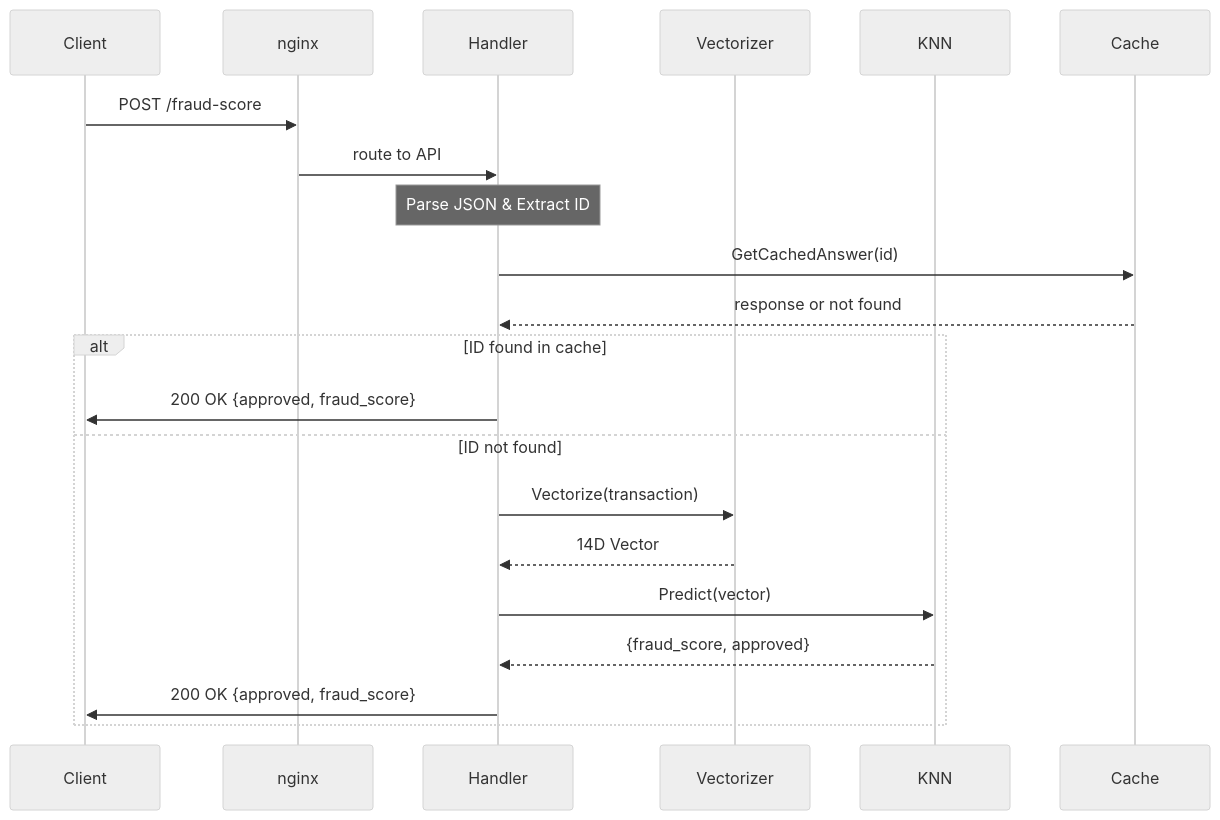
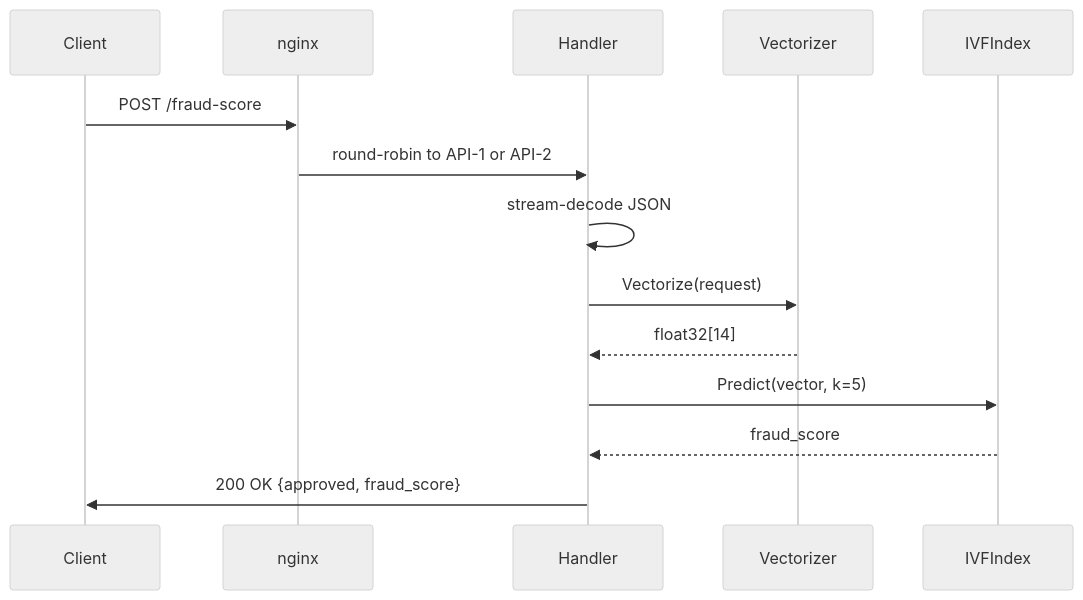
The first of 3 diagrams in docs/ARCHITECTURE.md (fabianoflorentino/fraudctl), drawn with Mermaid (neutral theme) before and after one commit. The commit also changed other lines of this file and 21 other files, not shown here.

````diff
--- a/docs/ARCHITECTURE.md
+++ b/docs/ARCHITECTURE.md
@@ -5,25 +5,17 @@
 ```mermaid
 sequenceDiagram
     participant C as Client
     participant N as nginx
     participant H as Handler
     participant V as Vectorizer
-    participant K as KNN
-    participant Ca as Cache
+    participant K as IVFIndex
 
     C->>N: POST /fraud-score
-    N->>H: route to API
-    Note over H: Parse JSON & Extract ID
-    H->>Ca: GetCachedAnswer(id)
-    Ca-->>H: response or not found
-
-    alt ID found in cache
-        H->>C: 200 OK {approved, fraud_score}
-    else ID not found
-        H->>V: Vectorize(transaction)
-        V-->>H: 14D Vector
-        H->>K: Predict(vector)
-        K-->>H: {fraud_score, approved}
-        H->>C: 200 OK {approved, fraud_score}
-    end
+    N->>H: round-robin to API-1 or API-2
+    H->>H: stream-decode JSON
+    H->>V: Vectorize(request)
+    V-->>H: float32[14]
+    H->>K: Predict(vector, k=5)
+    K-->>H: fraud_score
+    H->>C: 200 OK {approved, fraud_score}
 ```
````
